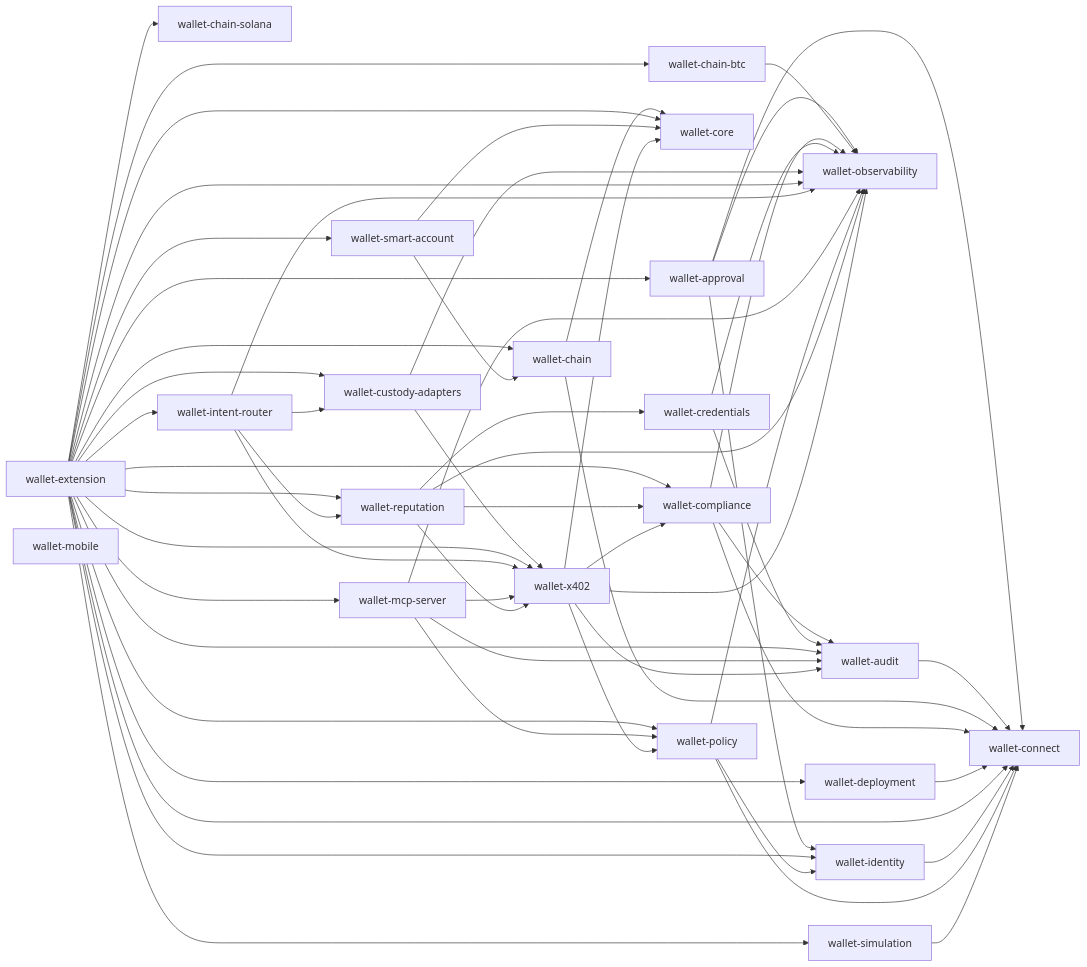
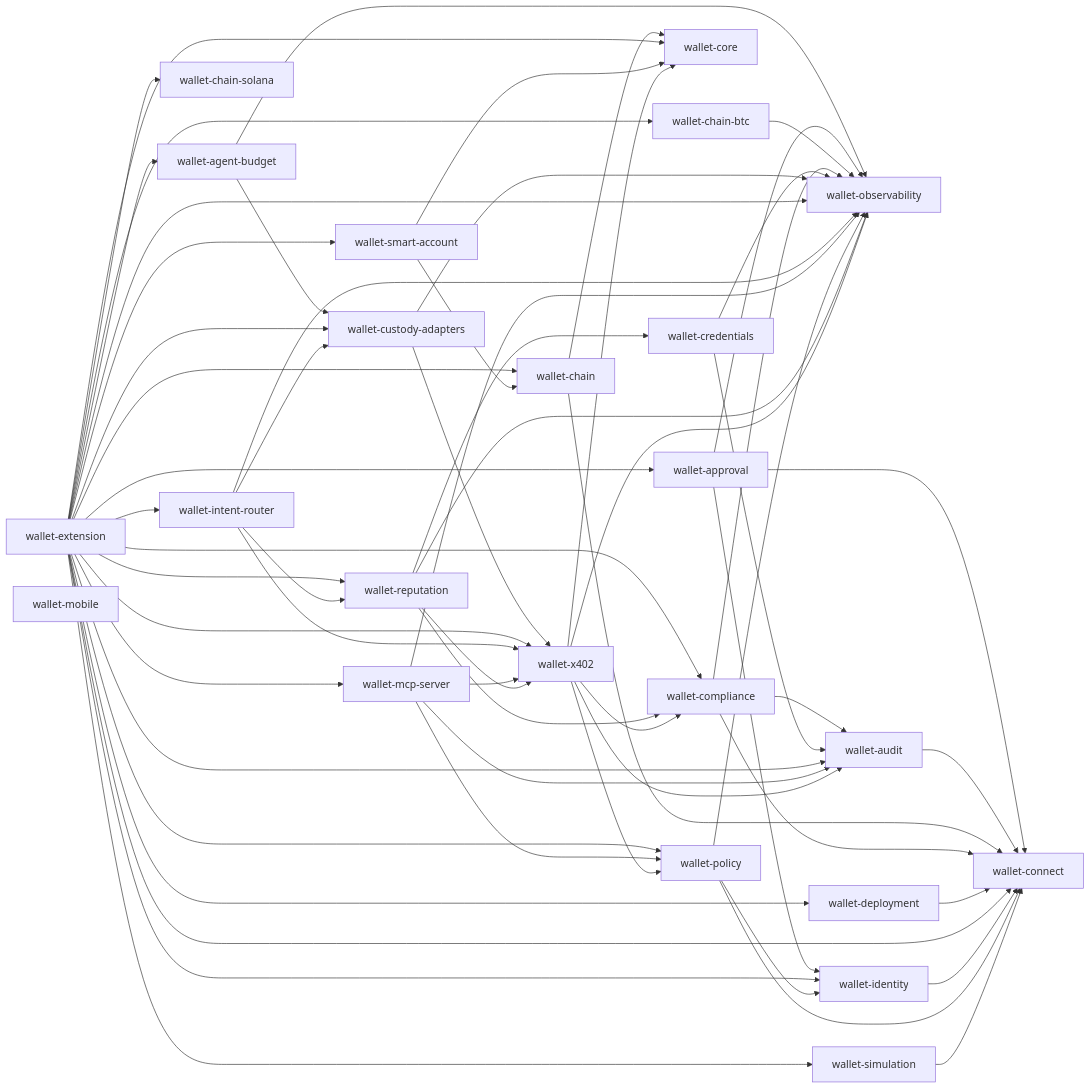
The diagram in reports/workspace-deps.mmd (aethelred-foundation/wallet), drawn with Mermaid before and after one commit. The commit also changed 16 other files, not shown here.

First line of the commit message:
feat(agent-budget): on-chain per-agent spend caps + scoped session keys (#56)

```diff
--- a/reports/workspace-deps.mmd
+++ b/reports/workspace-deps.mmd
@@ -1,64 +1,67 @@
 flowchart LR
+  wallet-agent-budget --> wallet-custody-adapters
+  wallet-agent-budget --> wallet-observability
   wallet-approval --> wallet-connect
   wallet-approval --> wallet-identity
   wallet-approval --> wallet-observability
   wallet-audit --> wallet-connect
   wallet-chain --> wallet-connect
   wallet-chain --> wallet-core
   wallet-chain-btc --> wallet-observability
   wallet-chain-solana
   wallet-compliance --> wallet-audit
   wallet-compliance --> wallet-connect
   wallet-compliance --> wallet-observability
   wallet-connect
   wallet-core
   wallet-credentials --> wallet-audit
   wallet-credentials --> wallet-observability
   wallet-custody-adapters --> wallet-observability
   wallet-custody-adapters --> wallet-x402
   wallet-deployment --> wallet-connect
+  wallet-extension --> wallet-agent-budget
   wallet-extension --> wallet-approval
   wallet-extension --> wallet-audit
   wallet-extension --> wallet-chain
   wallet-extension --> wallet-chain-btc
   wallet-extension --> wallet-chain-solana
   wallet-extension --> wallet-compliance
   wallet-extension --> wallet-connect
   wallet-extension --> wallet-core
   wallet-extension --> wallet-custody-adapters
   wallet-extension --> wallet-deployment
   wallet-extension --> wallet-identity
   wallet-extension --> wallet-intent-router
   wallet-extension --> wallet-mcp-server
   wallet-extension --> wallet-observability
   wallet-extension --> wallet-policy
   wallet-extension --> wallet-reputation
   wallet-extension --> wallet-simulation
   wallet-extension --> wallet-smart-account
   wallet-extension --> wallet-x402
   wallet-identity --> wallet-connect
   wallet-intent-router --> wallet-custody-adapters
   wallet-intent-router --> wallet-observability
   wallet-intent-router --> wallet-reputation
   wallet-intent-router --> wallet-x402
   wallet-mcp-server --> wallet-audit
   wallet-mcp-server --> wallet-observability
   wallet-mcp-server --> wallet-policy
   wallet-mcp-server --> wallet-x402
   wallet-mobile
   wallet-observability
   wallet-policy --> wallet-connect
   wallet-policy --> wallet-identity
   wallet-policy --> wallet-observability
   wallet-reputation --> wallet-compliance
   wallet-reputation --> wallet-credentials
   wallet-reputation --> wallet-observability
   wallet-reputation --> wallet-x402
   wallet-simulation --> wallet-connect
   wallet-smart-account --> wallet-chain
   wallet-smart-account --> wallet-core
   wallet-x402 --> wallet-audit
   wallet-x402 --> wallet-compliance
   wallet-x402 --> wallet-core
   wallet-x402 --> wallet-observability
   wallet-x402 --> wallet-policy
```
